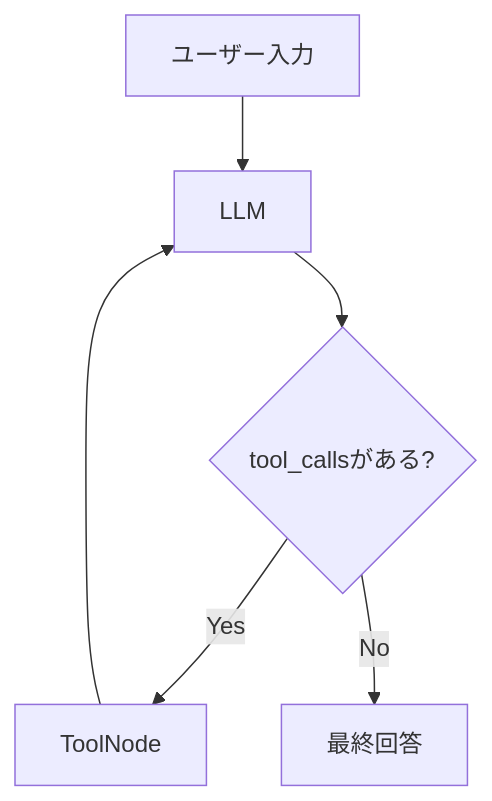
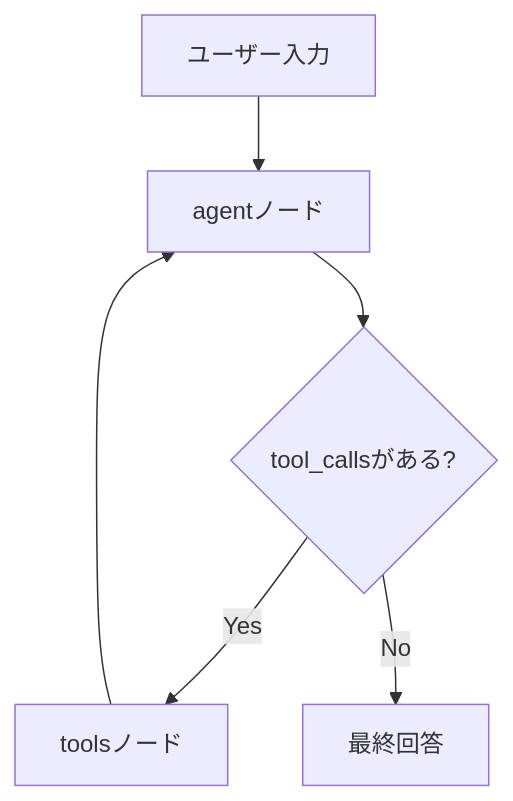
The third of 7 diagrams in articles/databricks-agentops-zenn.md (aymkbyshi/databricks-agentops-customer-support), drawn with Mermaid before and after one commit. The commit also changed other lines of this file, not shown here.

````diff
--- a/articles/databricks-agentops-zenn.md
+++ b/articles/databricks-agentops-zenn.md
@@ -126,8 +203,8 @@
 ```mermaid
 flowchart TD
-    A[ユーザー入力] --> B[LLM]
+    A[ユーザー入力] --> B[agentノード]
     B --> C{tool_callsがある?}
-    C -->|Yes| D[ToolNode]
+    C -->|Yes| D[toolsノード]
     D --> B
     C -->|No| E[最終回答]
 ```
````
